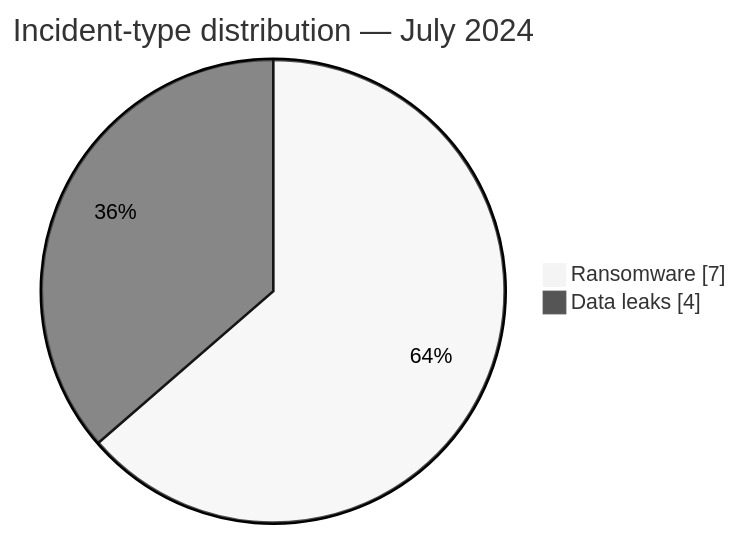
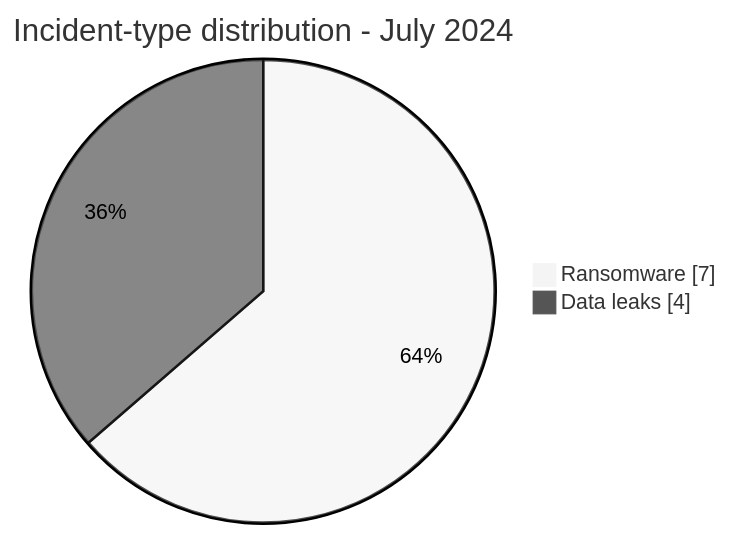
One commit to Hatchepsoute/AFRINTEL changed the second of 2 diagrams in CyberAttackAfrica/2024/07-july/README.md. Above: the diagram before and after it, drawn with Mermaid (neutral theme). The commit also changed other lines of this file and 182 other files, not shown here.

````diff
--- a/CyberAttackAfrica/2024/07-july/README.md
+++ b/CyberAttackAfrica/2024/07-july/README.md
@@ -54,6 +54,6 @@
 ```mermaid
 pie showData
-    title Incident-type distribution — July 2024
+    title Incident-type distribution - July 2024
     "Ransomware" : 7
     "Data leaks" : 4
 ```
````
